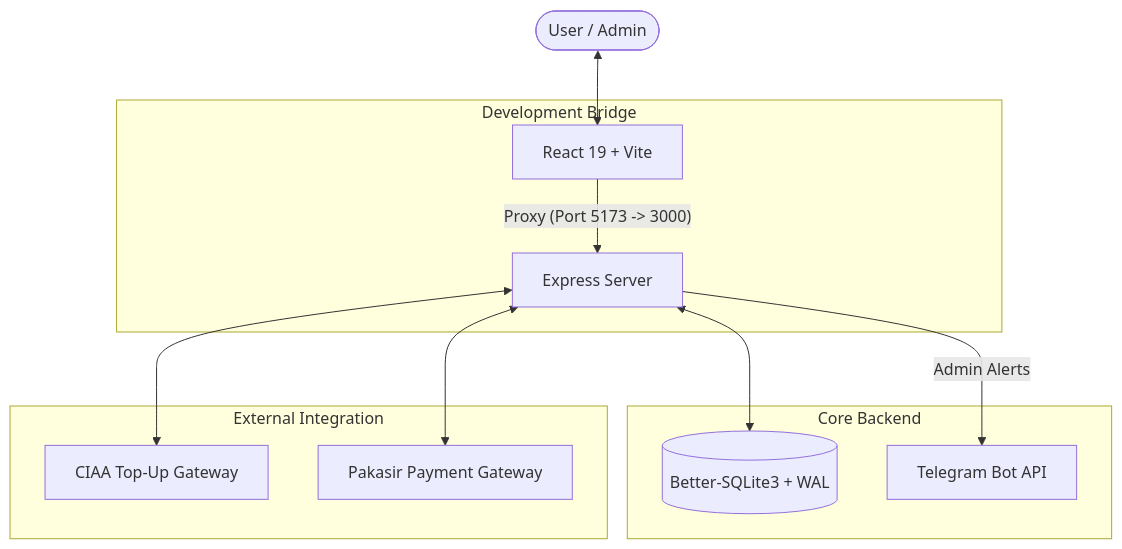
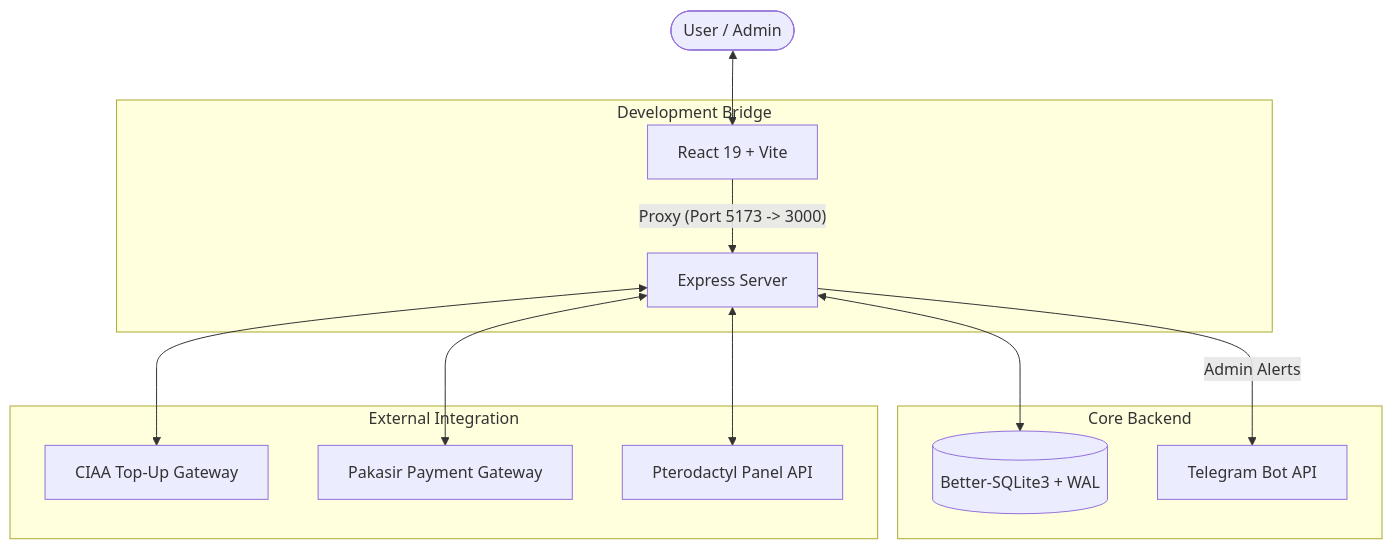
One commit to nashki-labs/wanzz-ppob-platform changed the diagram in README.md. Above: the diagram before and after it, drawn with Mermaid. The commit also changed other lines of this file and 17 other files, not shown here.

Commit message:
feat: Implement Pterodactyl panel integration with a new service, types, routes, and UI components.

````diff
--- a/README.md
+++ b/README.md
@@ -58,18 +59,19 @@
 ```mermaid
 graph TD
     User([User / Admin]) <--> Frontend[React 19 + Vite]
     
     subgraph "Development Bridge"
         Frontend -- "Proxy (Port 5173 -> 3000)" --> Backend[Express Server]
     end
 
     subgraph "Core Backend"
         Backend <--> Database[(Better-SQLite3 + WAL)]
         Backend -- "Admin Alerts" --> Telegram[Telegram Bot API]
     end
 
     subgraph "External Integration"
         Backend <--> CIAA[CIAA Top-Up Gateway]
         Backend <--> Pakasir[Pakasir Payment Gateway]
+        Backend <--> Pterodactyl[Pterodactyl Panel API]
     end
 ```
````
